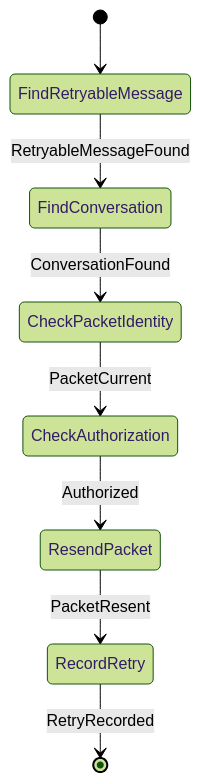
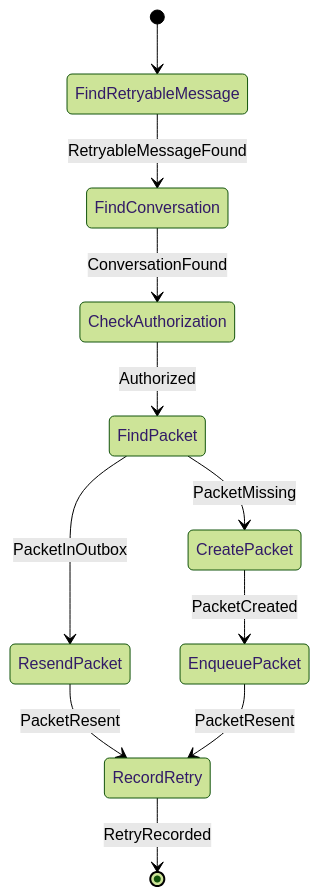
The fifth of 22 diagrams in docs/architecture/workflows/message.md (cbgm/Sparrow), drawn with Mermaid (forest theme) before and after one commit. The commit also changed other lines of this file and 226 other files, not shown here.

````diff
--- a/docs/architecture/workflows/message.md
+++ b/docs/architecture/workflows/message.md
@@ -159,10 +158,13 @@
 ```mermaid
 stateDiagram-v2
     [*] --> FindRetryableMessage
     FindRetryableMessage --> FindConversation : RetryableMessageFound
-    FindConversation --> CheckPacketIdentity : ConversationFound
-    CheckPacketIdentity --> CheckAuthorization : PacketCurrent
-    CheckAuthorization --> ResendPacket : Authorized
+    FindConversation --> CheckAuthorization : ConversationFound
+    CheckAuthorization --> FindPacket : Authorized
+    FindPacket --> ResendPacket : PacketInOutbox
+    FindPacket --> CreatePacket : PacketMissing
     ResendPacket --> RecordRetry : PacketResent
+    CreatePacket --> EnqueuePacket : PacketCreated
+    EnqueuePacket --> RecordRetry : PacketResent
     RecordRetry --> [*] : RetryRecorded
 ```
````
